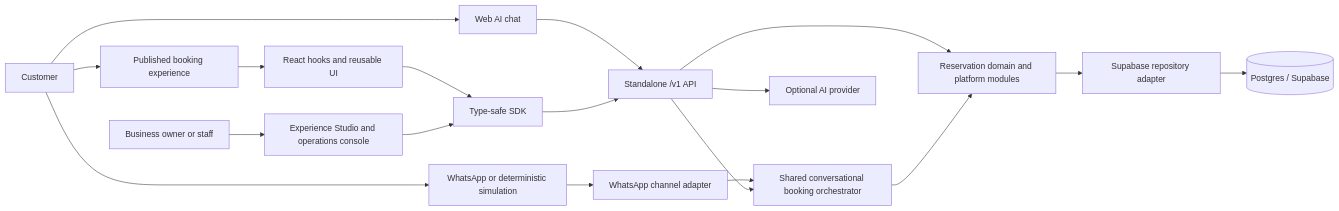
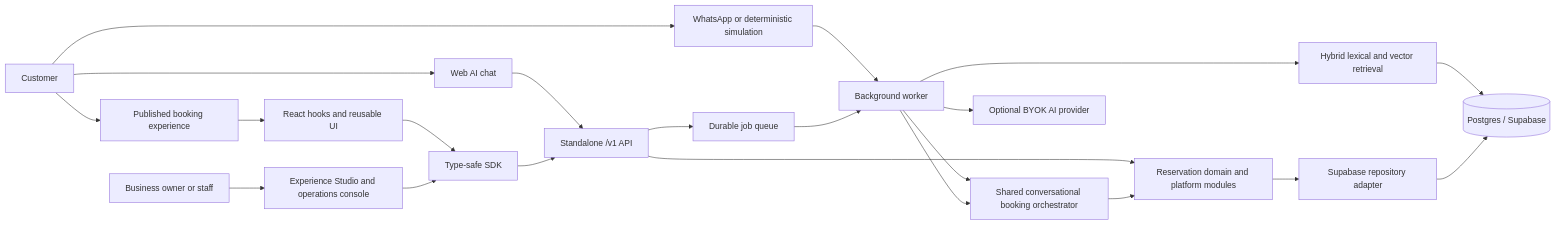
The first of 4 diagrams in docs/architecture/final-platform-architecture.md (jericho0521/reservation-app), drawn with Mermaid before and after one commit. The commit also changed other lines of this file and 16 other files, not shown here.

````diff
--- a/docs/architecture/final-platform-architecture.md
+++ b/docs/architecture/final-platform-architecture.md
@@ -9,21 +14,25 @@
 ```mermaid
 flowchart LR
   Customer["Customer"] --> PublicWeb["Published booking experience"]
   Customer --> Chat["Web AI chat"]
   Customer --> WhatsApp["WhatsApp or deterministic simulation"]
   Owner["Business owner or staff"] --> Console["Experience Studio and operations console"]
 
   PublicWeb --> Frontend["React hooks and reusable UI"]
   Frontend --> SDK["Type-safe SDK"]
   Chat --> API["Standalone /v1 API"]
-  WhatsApp --> Channel["WhatsApp channel adapter"]
+  WhatsApp --> Worker["Background worker"]
   Console --> SDK
   SDK --> API
-  Channel --> Orchestrator["Shared conversational booking orchestrator"]
-  API --> Orchestrator
+  Worker --> Orchestrator["Shared conversational booking orchestrator"]
+  API --> Jobs["Durable job queue"]
+  Jobs --> Worker
+  Worker --> Retrieval["Hybrid lexical and vector retrieval"]
+  Retrieval --> DB
+  Worker --> Orchestrator
   API --> Domain["Reservation domain and platform modules"]
   Orchestrator --> Domain
   Domain --> Adapter["Supabase repository adapter"]
   Adapter --> DB[("Postgres / Supabase")]
-  API --> AI["Optional AI provider"]
+  Worker --> AI["Optional BYOK AI provider"]
 ```
````
